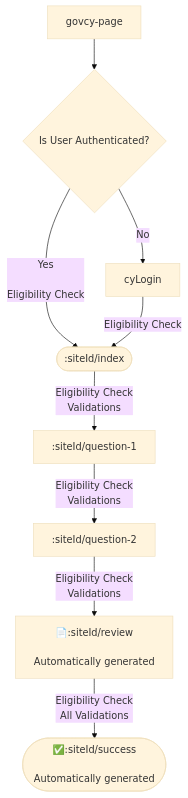
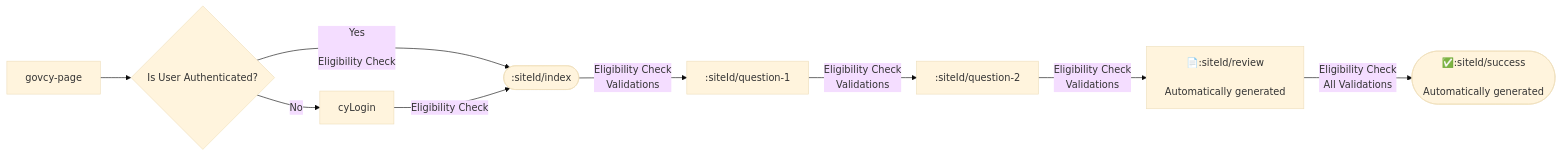
Before and after one commit to gov-cy/govcy-express-services: the first of 3 diagrams in README.md, drawn with Mermaid (base theme). The commit also changed other lines of this file, not shown here.

Commit message:
Updated readme with more diagrams

````diff
--- a/README.md
+++ b/README.md
@@ -143,12 +143,12 @@
 ```mermaid
-flowchart TD
+flowchart LR
     govcy-page --> isAuth{Is User Authenticated?}
     isAuth -- Yes<br><br> Eligibility Check --> index([:siteId/index])
     isAuth -- No --> cyLogin[cyLogin]
     cyLogin -- Eligibility Check --> index
     index --  Eligibility Check<br> Validations --> question-1[:siteId/question-1]
     question-1 --  Eligibility Check<br> Validations --> question-2[:siteId/question-2]
     question-2 --  Eligibility Check<br> Validations --> review[📄:siteId/review <br> <br> Automatically generated]
     review --  Eligibility Check<br> All Validations --> success([✅:siteId/success <br> <br> Automatically generated])
 
 ```
````
